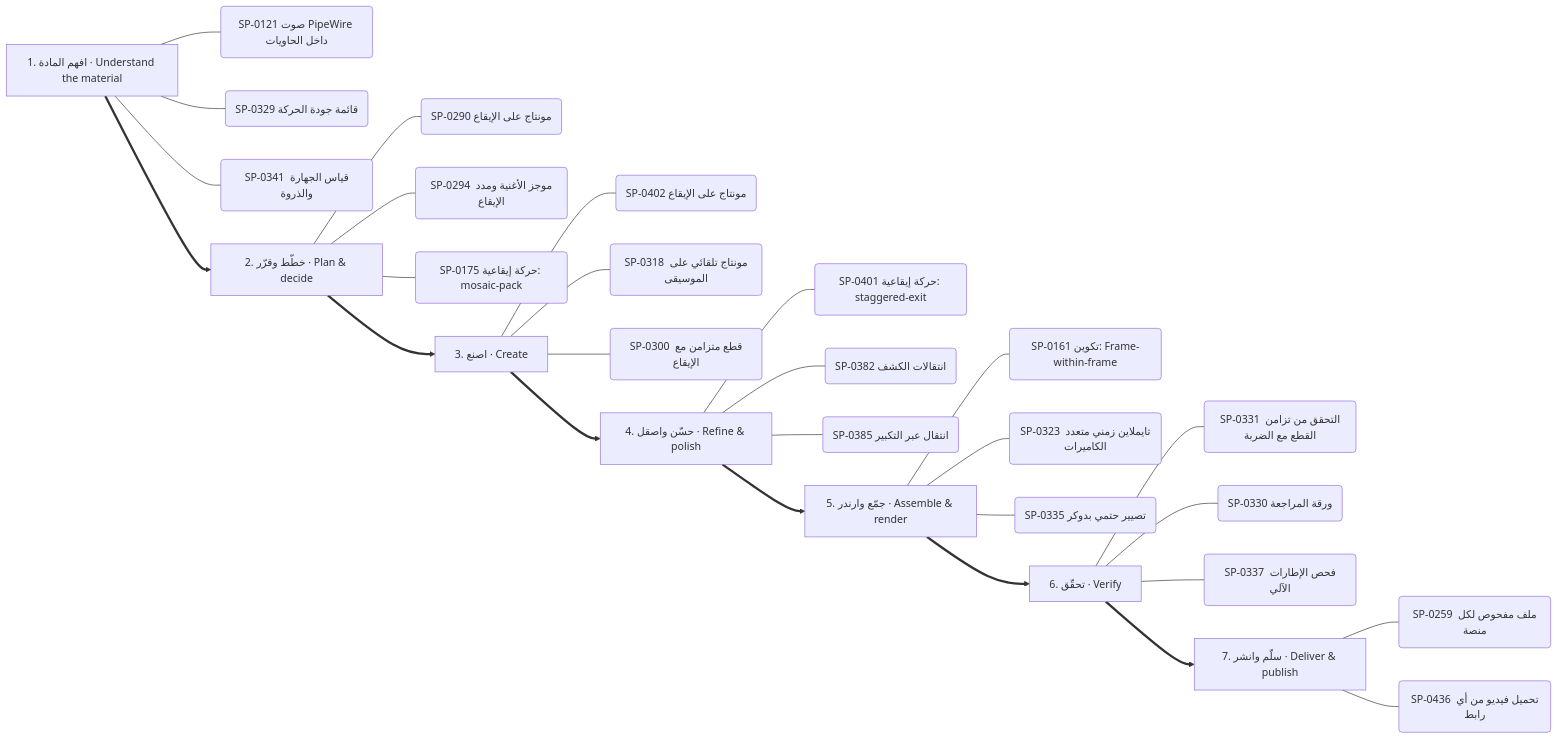
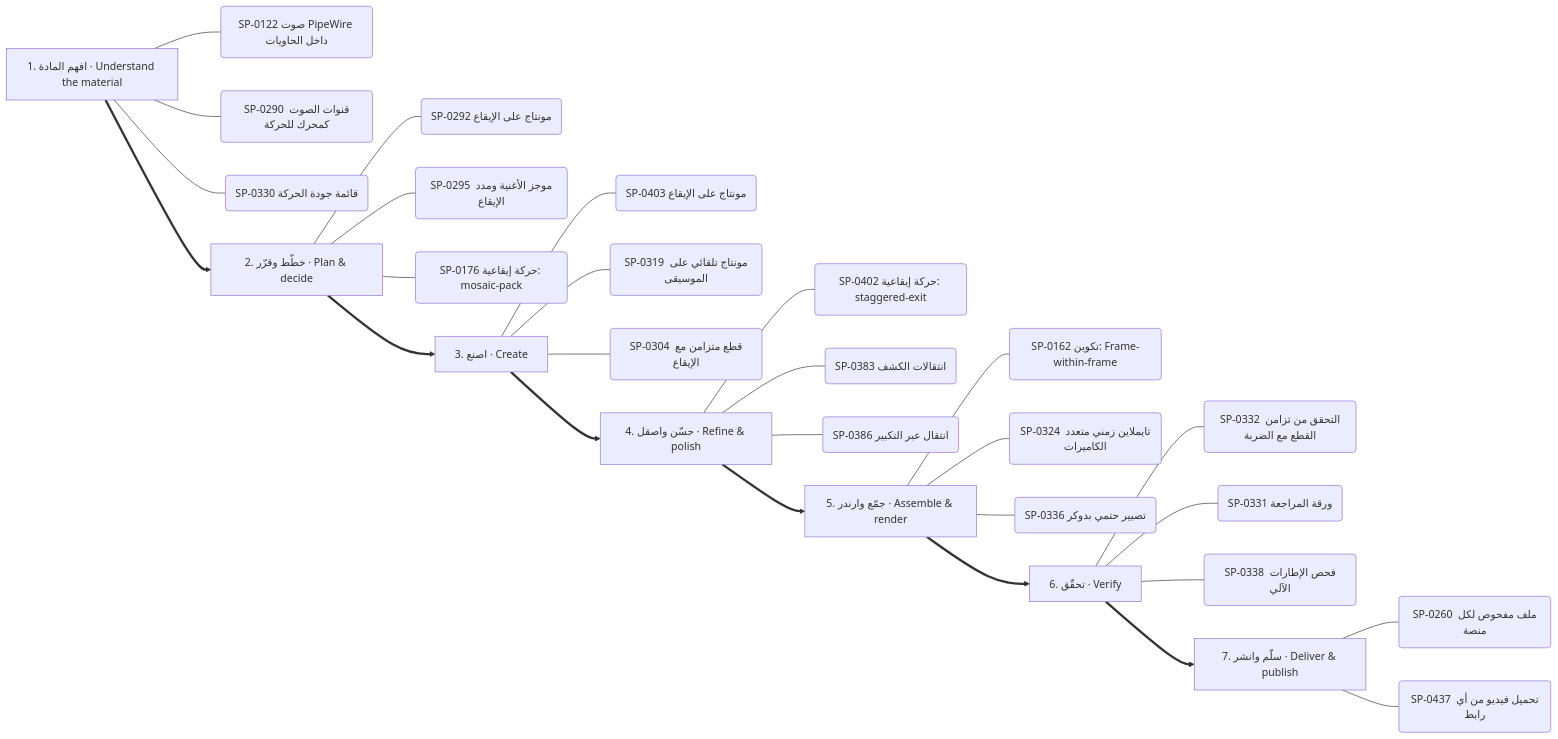
Before and after one commit to kosif199022-jpg/kosif-tool: the third of 13 diagrams in .claude/skills/kosif-superpowers/references/capability-mindmap.md, drawn with Mermaid. The commit also changed other lines of this file and 36 other files, not shown here.

````diff
--- a/.claude/skills/kosif-superpowers/references/capability-mindmap.md
+++ b/.claude/skills/kosif-superpowers/references/capability-mindmap.md
@@ -175,36 +176,36 @@
 ```mermaid
 flowchart LR
   S0["1. افهم المادة · Understand the material"]
-  S0 --- S0_0("SP-0121 صوت PipeWire داخل الحاويات")
-  S0 --- S0_1("SP-0329 قائمة جودة الحركة")
-  S0 --- S0_2("SP-0341 قياس الجهارة والذروة")
+  S0 --- S0_0("SP-0122 صوت PipeWire داخل الحاويات")
+  S0 --- S0_1("SP-0290 قنوات الصوت كمحرك للحركة")
+  S0 --- S0_2("SP-0330 قائمة جودة الحركة")
   S1["2. خطّط وقرّر · Plan & decide"]
-  S1 --- S1_0("SP-0290 مونتاج على الإيقاع")
-  S1 --- S1_1("SP-0294 موجز الأغنية ومدد الإيقاع")
-  S1 --- S1_2("SP-0175 حركة إيقاعية: mosaic-pack")
+  S1 --- S1_0("SP-0292 مونتاج على الإيقاع")
+  S1 --- S1_1("SP-0295 موجز الأغنية ومدد الإيقاع")
+  S1 --- S1_2("SP-0176 حركة إيقاعية: mosaic-pack")
   S0 ==> S1
   S2["3. اصنع · Create"]
-  S2 --- S2_0("SP-0402 مونتاج على الإيقاع")
-  S2 --- S2_1("SP-0318 مونتاج تلقائي على الموسيقى")
-  S2 --- S2_2("SP-0300 قطع متزامن مع الإيقاع")
+  S2 --- S2_0("SP-0403 مونتاج على الإيقاع")
+  S2 --- S2_1("SP-0319 مونتاج تلقائي على الموسيقى")
+  S2 --- S2_2("SP-0304 قطع متزامن مع الإيقاع")
   S1 ==> S2
   S3["4. حسّن واصقل · Refine & polish"]
-  S3 --- S3_0("SP-0401 حركة إيقاعية: staggered-exit")
-  S3 --- S3_1("SP-0382 انتقالات الكشف")
-  S3 --- S3_2("SP-0385 انتقال عبر التكبير")
+  S3 --- S3_0("SP-0402 حركة إيقاعية: staggered-exit")
+  S3 --- S3_1("SP-0383 انتقالات الكشف")
+  S3 --- S3_2("SP-0386 انتقال عبر التكبير")
   S2 ==> S3
   S4["5. جمّع وارندر · Assemble & render"]
-  S4 --- S4_0("SP-0161 تكوين: Frame-within-frame")
-  S4 --- S4_1("SP-0323 تايملاين زمني متعدد الكاميرات")
-  S4 --- S4_2("SP-0335 تصيير حتمي بدوكر")
+  S4 --- S4_0("SP-0162 تكوين: Frame-within-frame")
+  S4 --- S4_1("SP-0324 تايملاين زمني متعدد الكاميرات")
+  S4 --- S4_2("SP-0336 تصيير حتمي بدوكر")
   S3 ==> S4
   S5["6. تحقّق · Verify"]
-  S5 --- S5_0("SP-0331 التحقق من تزامن القطع مع الضربة")
-  S5 --- S5_1("SP-0330 ورقة المراجعة")
-  S5 --- S5_2("SP-0337 فحص الإطارات الآلي")
+  S5 --- S5_0("SP-0332 التحقق من تزامن القطع مع الضربة")
+  S5 --- S5_1("SP-0331 ورقة المراجعة")
+  S5 --- S5_2("SP-0338 فحص الإطارات الآلي")
   S4 ==> S5
   S6["7. سلّم وانشر · Deliver & publish"]
-  S6 --- S6_0("SP-0259 ملف مفحوص لكل منصة")
-  S6 --- S6_1("SP-0436 تحميل فيديو من أي رابط")
+  S6 --- S6_0("SP-0260 ملف مفحوص لكل منصة")
+  S6 --- S6_1("SP-0437 تحميل فيديو من أي رابط")
   S5 ==> S6
 ```
````
